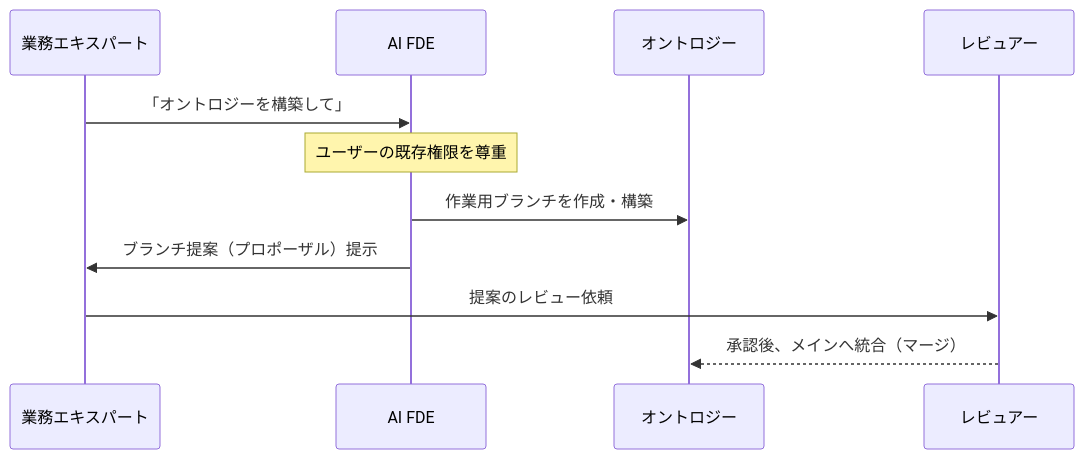
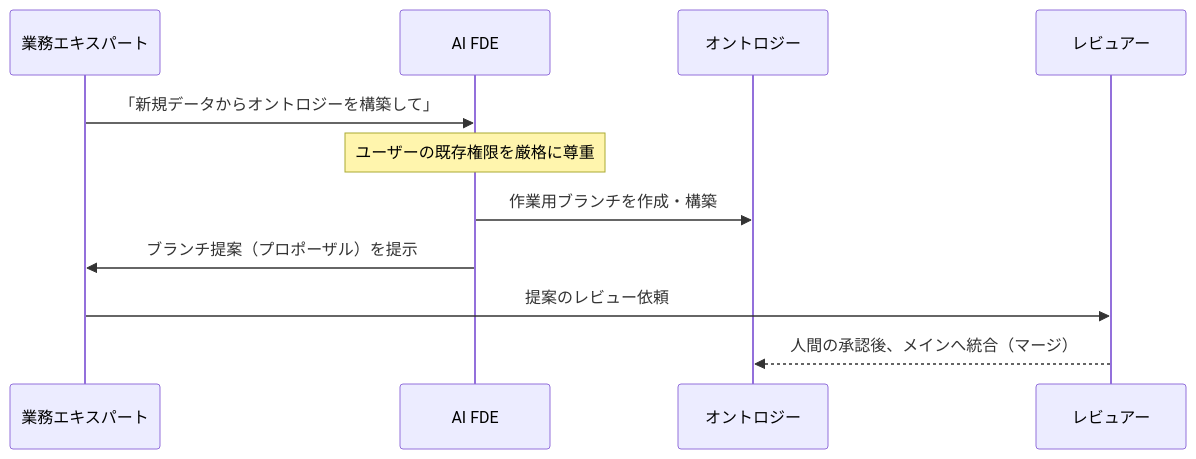
Before and after one commit to jonnydubowsky/palantir-ontology-strategy: the third of 5 diagrams in docs/the-palantir-impact.md, drawn with Mermaid. The commit also changed other lines of this file, not shown here.

````diff
--- a/docs/the-palantir-impact.md
+++ b/docs/the-palantir-impact.md
@@ -72,14 +107,14 @@
 ```mermaid
 sequenceDiagram
     participant User as 業務エキスパート
     participant AIFDE as AI FDE
     participant Ontology as オントロジー
     participant Admin as レビュアー
     
-    User->>AIFDE: 「オントロジーを構築して」
-    Note over AIFDE: ユーザーの既存権限を尊重
+    User->>AIFDE: 「新規データからオントロジーを構築して」
+    Note over AIFDE: ユーザーの既存権限を厳格に尊重
     AIFDE->>Ontology: 作業用ブランチを作成・構築
-    AIFDE->>User: ブランチ提案（プロポーザル）提示
+    AIFDE->>User: ブランチ提案（プロポーザル）を提示
     User->>Admin: 提案のレビュー依頼
-    Admin-->>Ontology: 承認後、メインへ統合（マージ）
+    Admin-->>Ontology: 人間の承認後、メインへ統合（マージ）
 ```
````
